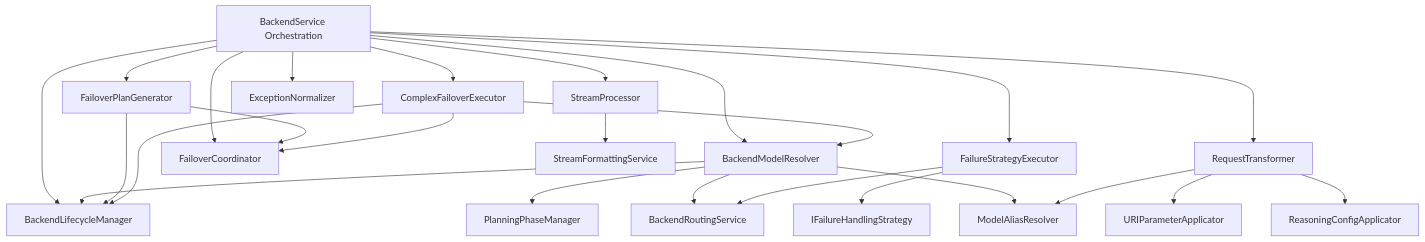
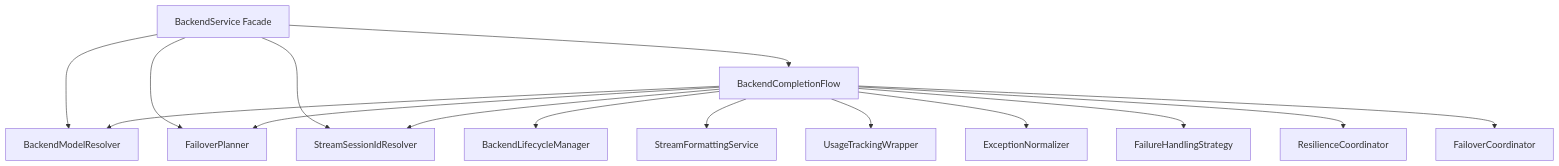
The first of 2 diagrams in .kiro/specs/backend-service-god-object-refactoring/design.md (matdev83/llm-interactive-proxy), drawn with Mermaid before and after one commit. The commit also changed other lines of this file and 5 other files, not shown here.

Commit message:
Update spec files for backend service god object refactoring

````diff
--- a/.kiro/specs/backend-service-god-object-refactoring/design.md
+++ b/.kiro/specs/backend-service-god-object-refactoring/design.md
@@ -79,44 +52,25 @@
 ```mermaid
 graph TB
-    BackendService[BackendService Orchestration]
-    BackendModelResolver[BackendModelResolver]
-    RequestTransformer[RequestTransformer]
-    StreamProcessor[StreamProcessor]
-    FailureStrategyExecutor[FailureStrategyExecutor]
-    FailoverPlanGenerator[FailoverPlanGenerator]
-    ComplexFailoverExecutor[ComplexFailoverExecutor]
-    BackendLifecycleManager[BackendLifecycleManager]
-    FailoverCoordinator[FailoverCoordinator]
-    ExceptionNormalizer[ExceptionNormalizer]
-    
-    BackendService --> BackendModelResolver
-    BackendService --> RequestTransformer
-    BackendService --> StreamProcessor
-    BackendService --> FailureStrategyExecutor
-    BackendService --> FailoverPlanGenerator
-    BackendService --> ComplexFailoverExecutor
-    BackendService --> BackendLifecycleManager
-    BackendService --> FailoverCoordinator
-    BackendService --> ExceptionNormalizer
-    
-    BackendModelResolver --> BackendRoutingService
-    BackendModelResolver --> ModelAliasResolver
-    BackendModelResolver --> PlanningPhaseManager
-    BackendModelResolver --> BackendLifecycleManager
-    
-    RequestTransformer --> ModelAliasResolver
-    RequestTransformer --> ReasoningConfigApplicator
-    RequestTransformer --> URIParameterApplicator
-    
-    StreamProcessor --> StreamFormattingService
-    
-    FailureStrategyExecutor --> IFailureHandlingStrategy
-    FailureStrategyExecutor --> BackendRoutingService
-    
-    FailoverPlanGenerator --> FailoverCoordinator
-    FailoverPlanGenerator --> BackendLifecycleManager
-    
-    ComplexFailoverExecutor --> FailoverCoordinator
-    ComplexFailoverExecutor --> BackendLifecycleManager
-    ComplexFailoverExecutor --> BackendModelResolver
+    BackendService[BackendService Facade]
+    CompletionFlow[BackendCompletionFlow]
+    ModelResolver[BackendModelResolver]
+    FailoverPlanner[FailoverPlanner]
+    StreamSessionIdResolver[StreamSessionIdResolver]
+
+    BackendService --> CompletionFlow
+    BackendService --> ModelResolver
+    BackendService --> FailoverPlanner
+    BackendService --> StreamSessionIdResolver
+
+    CompletionFlow --> ModelResolver
+    CompletionFlow --> FailoverPlanner
+    CompletionFlow --> StreamSessionIdResolver
+
+    CompletionFlow --> BackendLifecycleManager
+    CompletionFlow --> StreamFormattingService
+    CompletionFlow --> UsageTrackingWrapper
+    CompletionFlow --> ExceptionNormalizer
+    CompletionFlow --> FailureHandlingStrategy
+    CompletionFlow --> ResilienceCoordinator
+    CompletionFlow --> FailoverCoordinator
 ```
````
